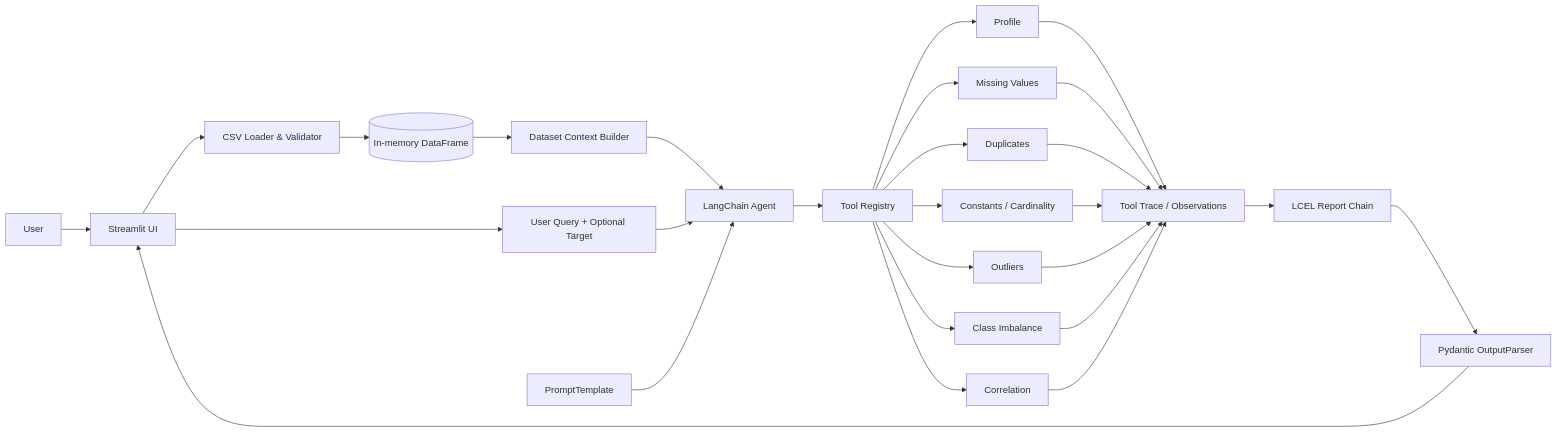
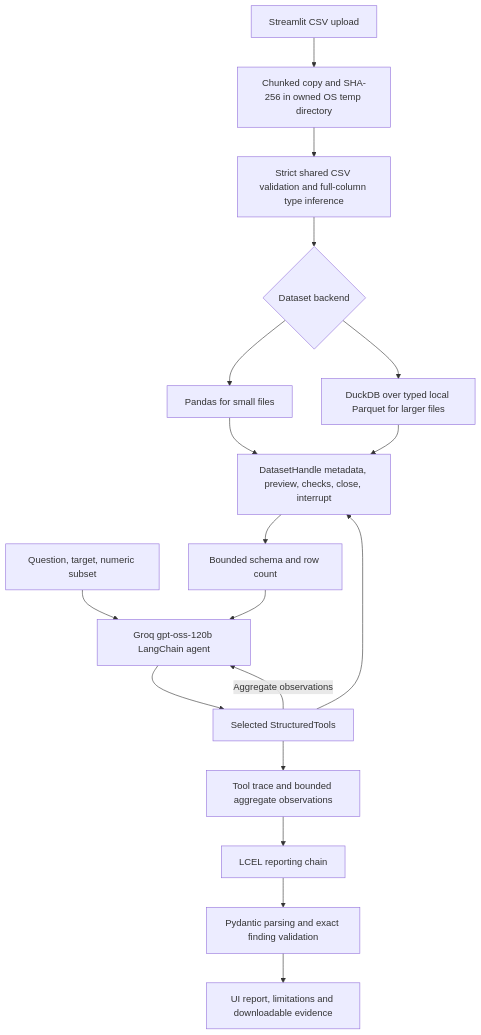
One commit to Parthivgod/csv-quality-agent changed the diagram in docs/ARCHITECTURE.md. Above: the diagram before and after it, drawn with Mermaid. The commit also changed other lines of this file and 170 other files, not shown here.

Commit message:
Implement Phase 3 disk-backed CSV triage and verified submission evidence

````diff
--- a/docs/ARCHITECTURE.md
+++ b/docs/ARCHITECTURE.md
@@ -10,29 +11,20 @@
 ```mermaid
-flowchart LR
-    U[User] --> UI[Streamlit UI]
-    UI --> L[CSV Loader & Validator]
-    L --> DF[(In-memory DataFrame)]
-    DF --> C[Dataset Context Builder]
-    UI --> Q[User Query + Optional Target]
-    C --> A[LangChain Agent]
-    Q --> A
-    P[PromptTemplate] --> A
-    A --> R[Tool Registry]
-    R --> T1[Profile]
-    R --> T2[Missing Values]
-    R --> T3[Duplicates]
-    R --> T4[Constants / Cardinality]
-    R --> T5[Outliers]
-    R --> T6[Class Imbalance]
-    R --> T7[Correlation]
-    T1 --> X[Tool Trace / Observations]
-    T2 --> X
-    T3 --> X
-    T4 --> X
-    T5 --> X
-    T6 --> X
-    T7 --> X
-    X --> F[LCEL Report Chain]
-    F --> O[Pydantic OutputParser]
-    O --> UI
+flowchart TD
+    U[Streamlit CSV upload] --> S[Chunked copy and SHA-256 in owned OS temp directory]
+    S --> V[Strict shared CSV validation and full-column type inference]
+    V --> D{Dataset backend}
+    D --> P[Pandas for small files]
+    D --> Q[DuckDB over typed local Parquet for larger files]
+    P --> H[DatasetHandle metadata, preview, checks, close, interrupt]
+    Q --> H
+    H --> C[Bounded schema and row count]
+    UI[Question, target, numeric subset] --> A[Groq gpt-oss-120b LangChain agent]
+    C --> A
+    A --> T[Selected StructuredTools]
+    T -->|Aggregate observations| A
+    T --> H
+    T --> E[Tool trace and bounded aggregate observations]
+    E --> R[LCEL reporting chain]
+    R --> O[Pydantic parsing and exact finding validation]
+    O --> X[UI report, limitations and downloadable evidence]
 ```
````
